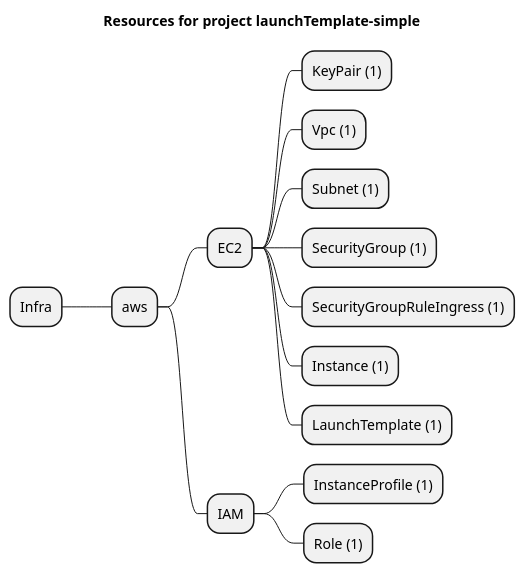
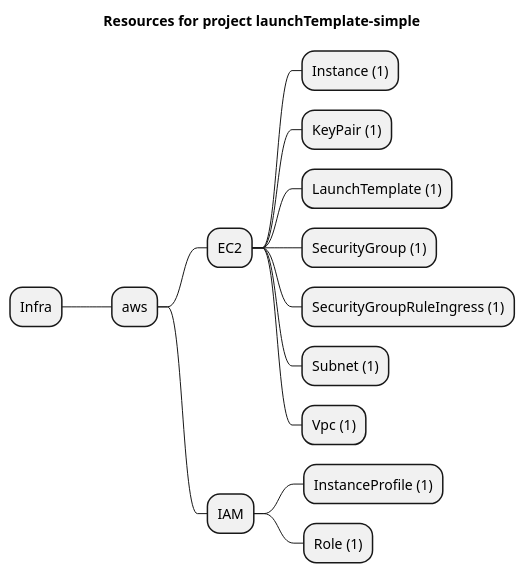
One commit to grucloud/grucloud changed the diagram in examples/aws/EC2/LaunchTemplate/launchTemplate-simple/artifacts/resources-mindmap.puml. Above: the diagram before and after it, drawn with PlantUML. The commit also changed other lines of this file and 25 other files, not shown here.

```diff
--- a/examples/aws/EC2/LaunchTemplate/launchTemplate-simple/artifacts/resources-mindmap.puml
+++ b/examples/aws/EC2/LaunchTemplate/launchTemplate-simple/artifacts/resources-mindmap.puml
@@ -1,17 +1,17 @@
 @startmindmap
 title Resources for project launchTemplate-simple
 skinparam monochrome true
 + Infra
 ++ aws
 +++ EC2
+++++ Instance (1)
 ++++ KeyPair (1)
-++++ Vpc (1)
-++++ Subnet (1)
+++++ LaunchTemplate (1)
 ++++ SecurityGroup (1)
 ++++ SecurityGroupRuleIngress (1)
-++++ Instance (1)
-++++ LaunchTemplate (1)
+++++ Subnet (1)
+++++ Vpc (1)
 +++ IAM
 ++++ InstanceProfile (1)
 ++++ Role (1)
 @endmindmap
```
